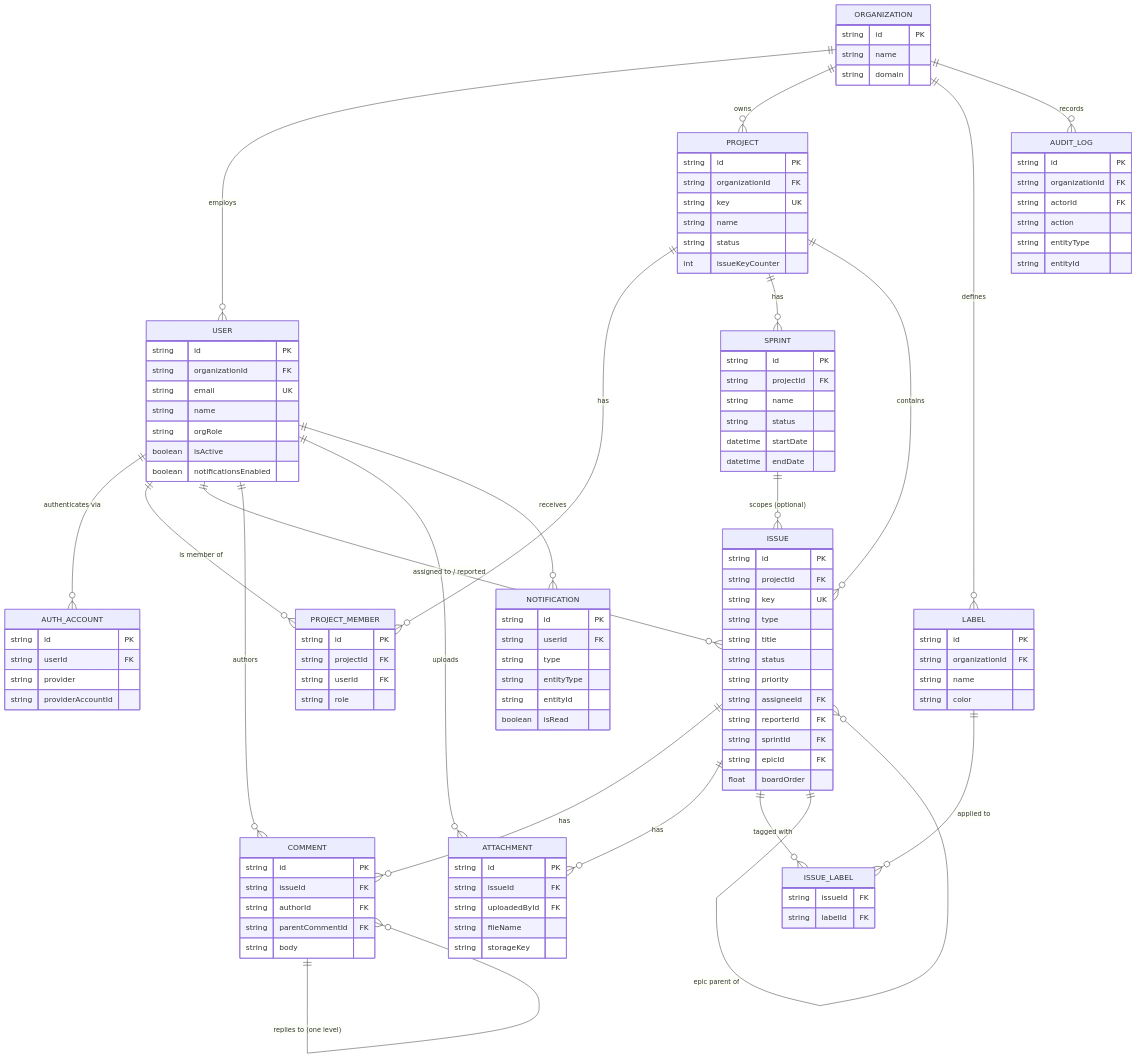
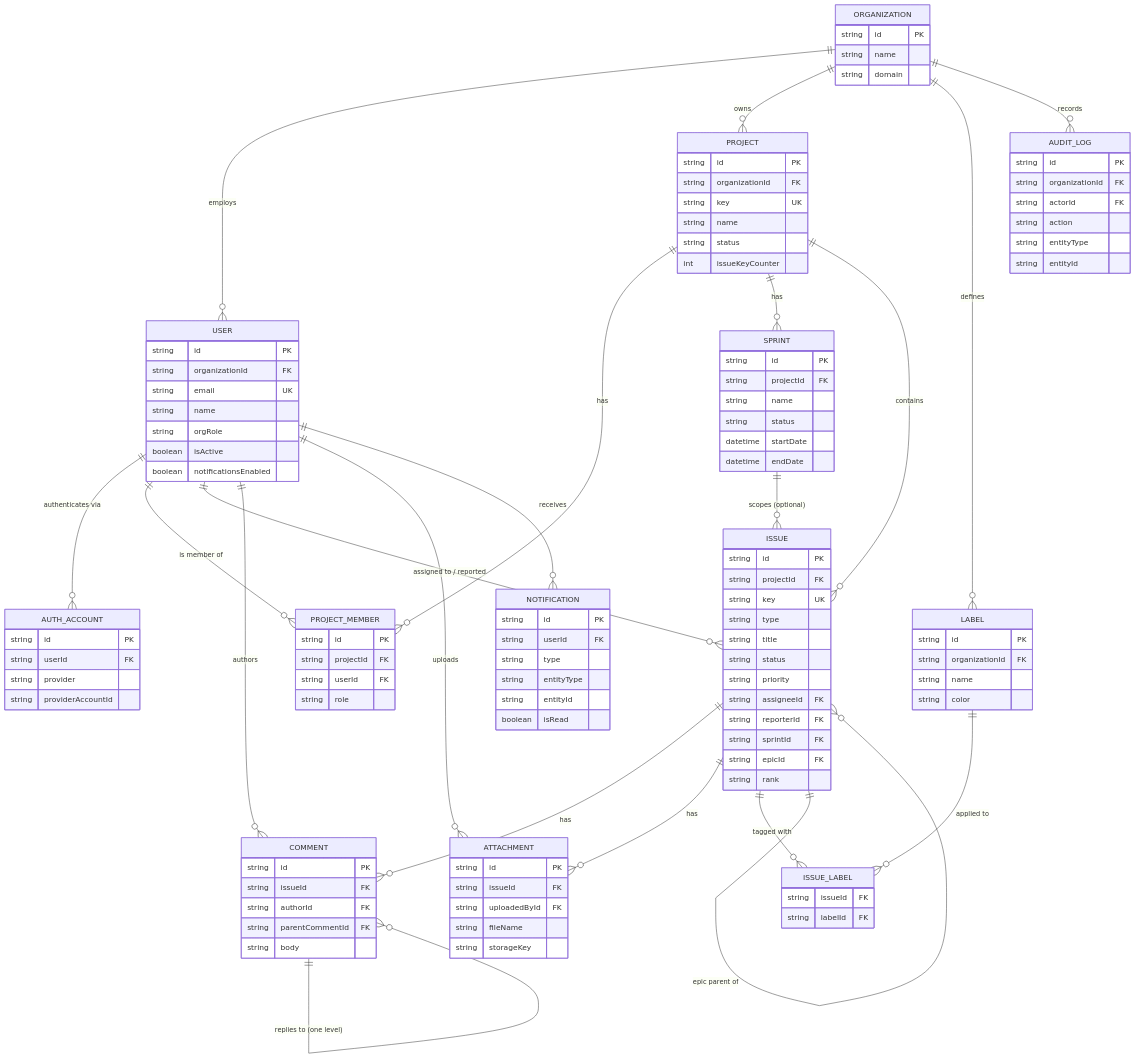
One commit to arinyadav0706-boop/project-atlas changed the diagram in docs/03_Database/02_ER_Diagram.md. Above: the diagram before and after it, drawn with Mermaid. The commit also changed 12 other files, not shown here.

First line of the commit message:
docs(board): supersede float ordering with string fractional rank (ADR-0009)

```diff
--- a/docs/03_Database/02_ER_Diagram.md
+++ b/docs/03_Database/02_ER_Diagram.md
@@ -89,7 +89,7 @@
         string reporterId FK
         string sprintId FK
         string epicId FK
-        float boardOrder
+        string rank
     }
     LABEL {
         string id PK
```
